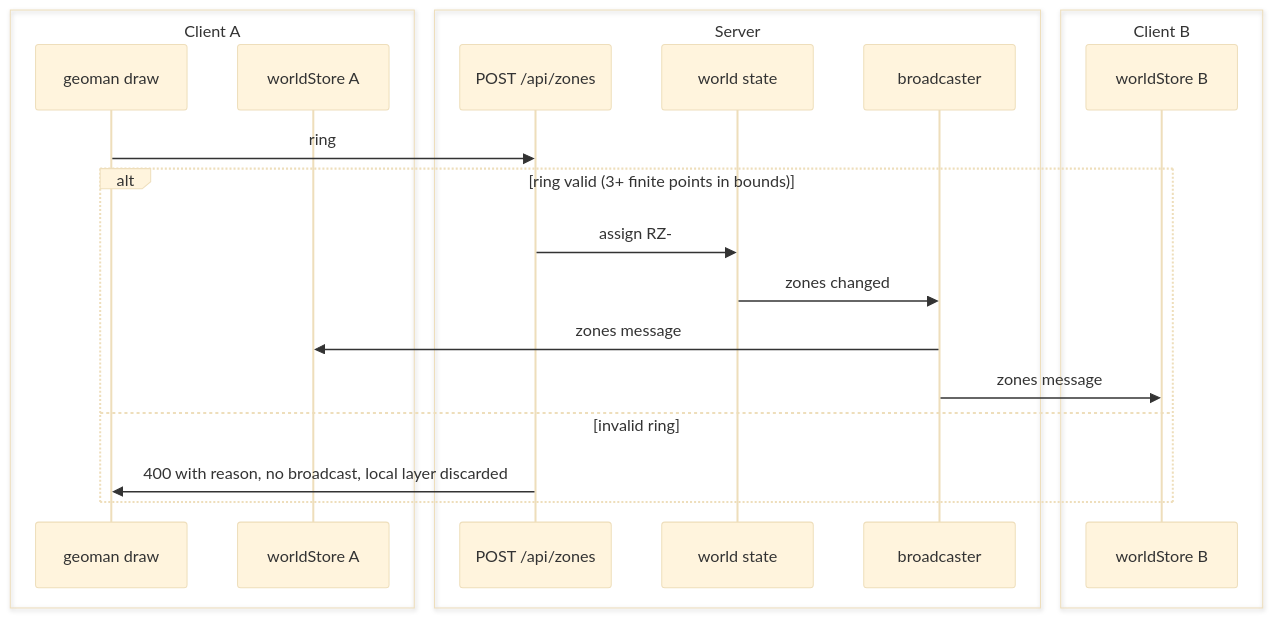
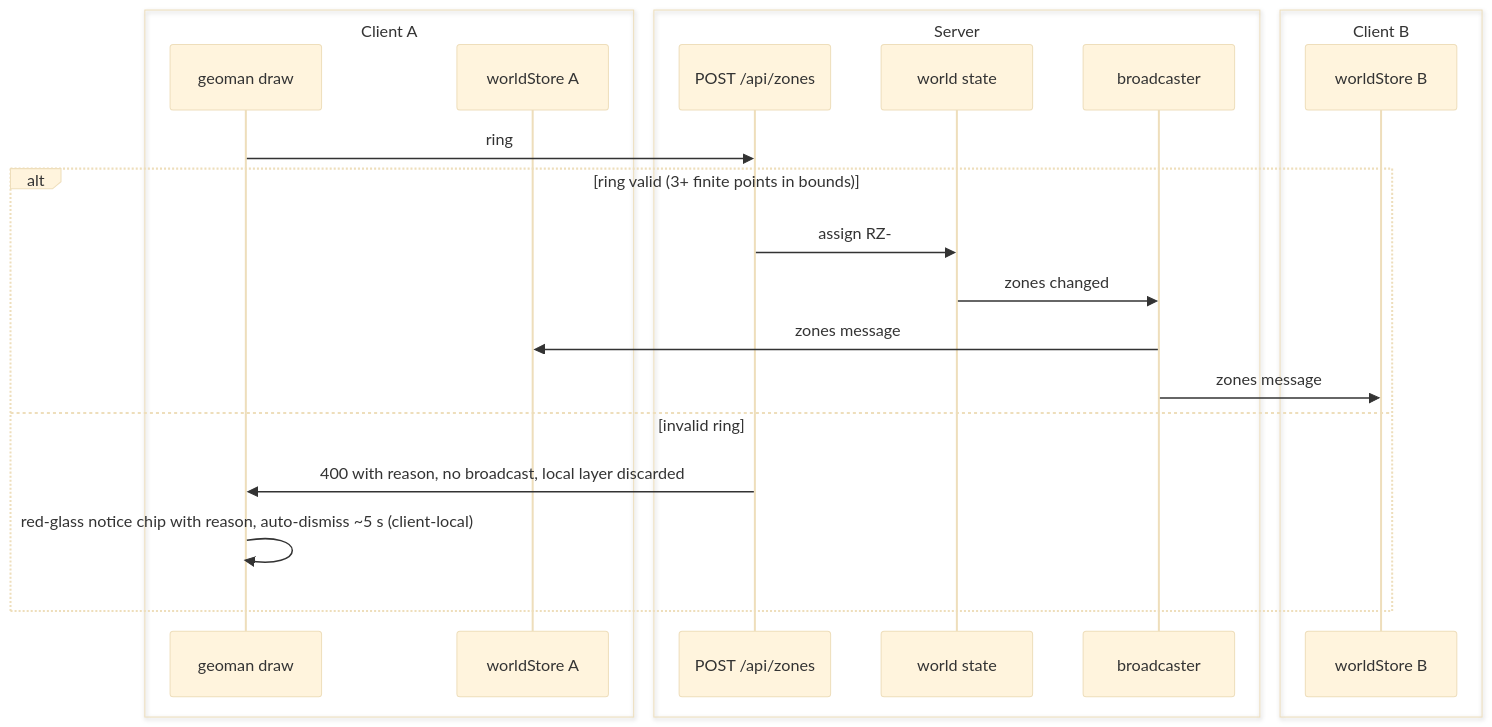
Before and after one commit to ayfor/sentinel: the second of 2 diagrams in docs/stories/S4-zones.md, drawn with Mermaid (base theme). The commit also changed other lines of this file, not shown here.

Commit message:
S4#d4: client-local rejection notice per design-gate review

````diff
--- a/docs/stories/S4-zones.md
+++ b/docs/stories/S4-zones.md
@@ -70,24 +77,25 @@
 ```mermaid
 sequenceDiagram
     box Client A
         participant GEO as geoman draw
         participant STOREA as worldStore A
     end
     box Server
         participant REST as POST /api/zones
         participant WORLD as world state
         participant CAST as broadcaster
     end
     box Client B
         participant STOREB as worldStore B
     end
     GEO->>REST: ring
     alt ring valid (3+ finite points in bounds)
         REST->>WORLD: assign RZ-##, store
         WORLD->>CAST: zones changed
         CAST->>STOREA: zones message
         CAST->>STOREB: zones message
     else invalid ring
         REST->>GEO: 400 with reason, no broadcast, local layer discarded
+        GEO->>GEO: red-glass notice chip with reason, auto-dismiss ~5 s (client-local)
     end
 ```
````
